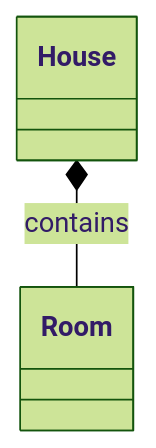
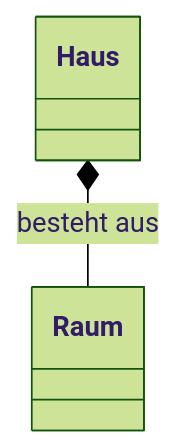
One commit to HTL-Wolfsberg-Betriebsinformatik/skript changed the sixth of 12 diagrams in slides/content/slides/SWP/PR/18_uml-class-diagram.md. Above: the diagram before and after it, drawn with Mermaid (forest theme). The commit also changed other lines of this file, not shown here.

Commit message:
updated: uml class diagram

````diff
--- a/slides/content/slides/SWP/PR/18_uml-class-diagram.md
+++ b/slides/content/slides/SWP/PR/18_uml-class-diagram.md
@@ -160,10 +234,6 @@
 ```mermaid
 classDiagram
-    class House {
-    }
-
-    class Room {  
-    }
-
-    House *-- Room : contains 
+    class Haus
+    class Raum
+    Haus *-- Raum : besteht aus
 ```
````
